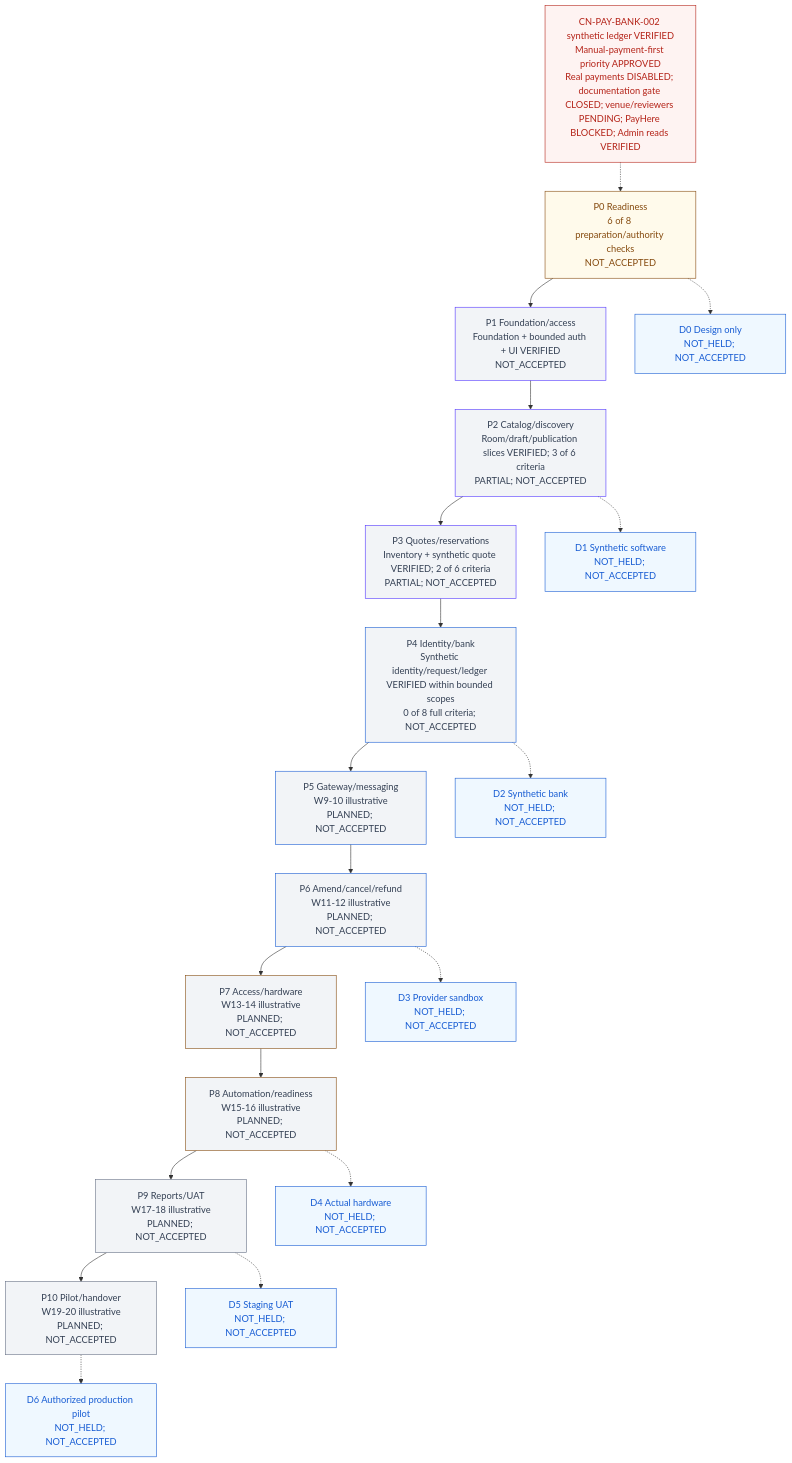
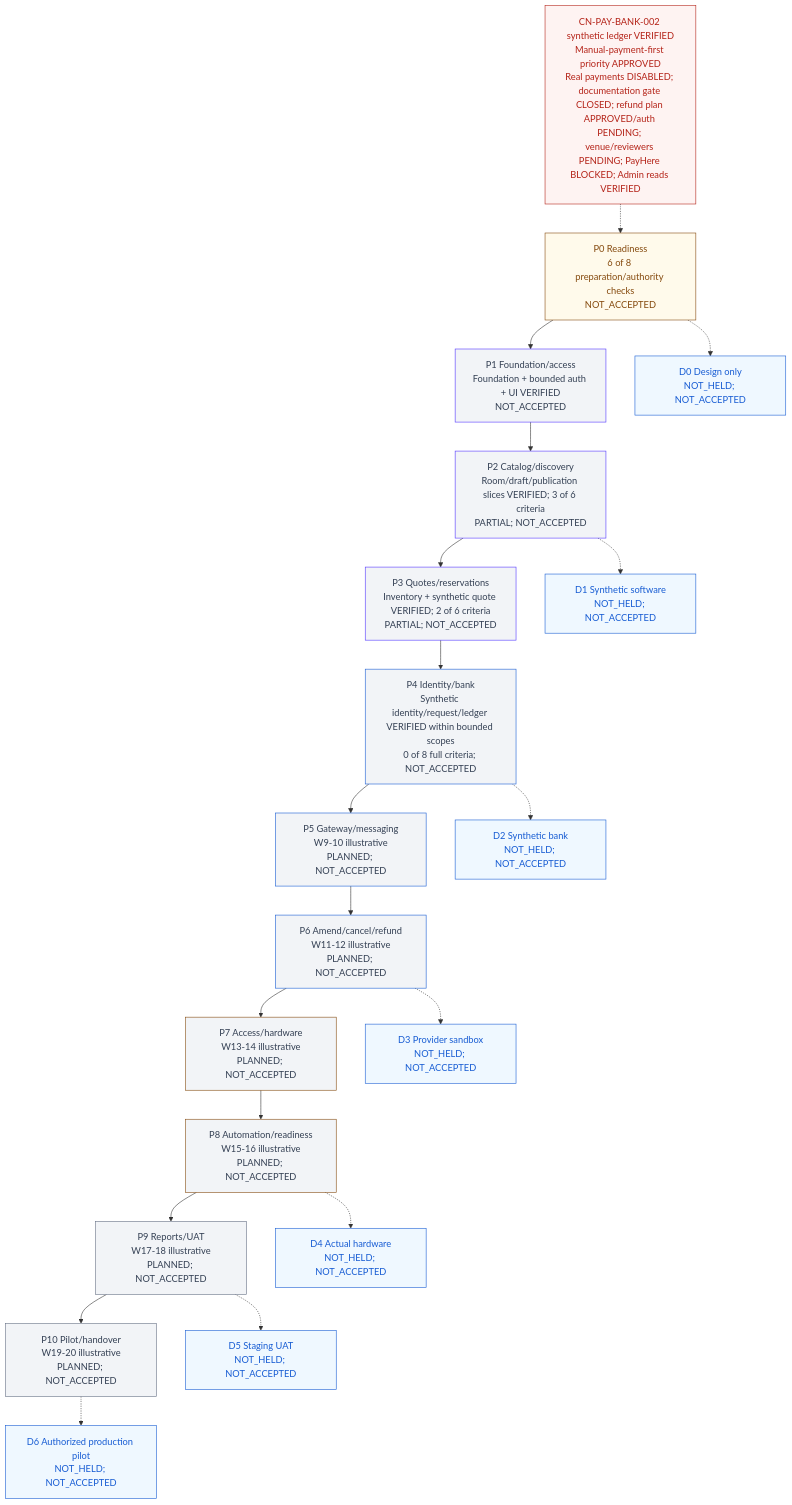
Before and after one commit to Hasitha3513/Theater-Project: the diagram in knowledge/PROGRESS.md, drawn with Mermaid. The commit also changed other lines of this file and 10 other files, not shown here.

````diff
--- a/knowledge/PROGRESS.md
+++ b/knowledge/PROGRESS.md
@@ -313,45 +313,45 @@
 ```mermaid
 flowchart TB
-  G["CN-PAY-BANK-002 synthetic ledger VERIFIED<br/>Manual-payment-first priority APPROVED<br/>Real payments DISABLED; documentation gate CLOSED; venue/reviewers PENDING; PayHere BLOCKED; Admin reads VERIFIED"]
+  G["CN-PAY-BANK-002 synthetic ledger VERIFIED<br/>Manual-payment-first priority APPROVED<br/>Real payments DISABLED; documentation gate CLOSED; refund plan APPROVED/auth PENDING; venue/reviewers PENDING; PayHere BLOCKED; Admin reads VERIFIED"]
   P0["P0 Readiness<br/>6 of 8 preparation/authority checks<br/>NOT_ACCEPTED"]
   P1["P1 Foundation/access<br/>Foundation + bounded auth + UI VERIFIED<br/>NOT_ACCEPTED"]
   P2["P2 Catalog/discovery<br/>Room/draft/publication slices VERIFIED; 3 of 6 criteria<br/>PARTIAL; NOT_ACCEPTED"]
   P3["P3 Quotes/reservations<br/>Inventory + synthetic quote VERIFIED; 2 of 6 criteria<br/>PARTIAL; NOT_ACCEPTED"]
   P4["P4 Identity/bank<br/>Synthetic identity/request/ledger VERIFIED within bounded scopes<br/>0 of 8 full criteria; NOT_ACCEPTED"]
   P5["P5 Gateway/messaging<br/>W9-10 illustrative<br/>PLANNED; NOT_ACCEPTED"]
   P6["P6 Amend/cancel/refund<br/>W11-12 illustrative<br/>PLANNED; NOT_ACCEPTED"]
   P7["P7 Access/hardware<br/>W13-14 illustrative<br/>PLANNED; NOT_ACCEPTED"]
   P8["P8 Automation/readiness<br/>W15-16 illustrative<br/>PLANNED; NOT_ACCEPTED"]
   P9["P9 Reports/UAT<br/>W17-18 illustrative<br/>PLANNED; NOT_ACCEPTED"]
   P10["P10 Pilot/handover<br/>W19-20 illustrative<br/>PLANNED; NOT_ACCEPTED"]
   G -.-> P0
   P0 --> P1 --> P2 --> P3 --> P4 --> P5 --> P6 --> P7 --> P8 --> P9 --> P10
   D0["D0 Design only<br/>NOT_HELD; NOT_ACCEPTED"]
   D1["D1 Synthetic software<br/>NOT_HELD; NOT_ACCEPTED"]
   D2["D2 Synthetic bank<br/>NOT_HELD; NOT_ACCEPTED"]
   D3["D3 Provider sandbox<br/>NOT_HELD; NOT_ACCEPTED"]
   D4["D4 Actual hardware<br/>NOT_HELD; NOT_ACCEPTED"]
   D5["D5 Staging UAT<br/>NOT_HELD; NOT_ACCEPTED"]
   D6["D6 Authorized production pilot<br/>NOT_HELD; NOT_ACCEPTED"]
   P0 -.-> D0
   P2 -.-> D1
   P4 -.-> D2
   P6 -.-> D3
   P8 -.-> D4
   P9 -.-> D5
   P10 -.-> D6
   classDef readiness fill:#FFFAEB,color:#854A0E,stroke:#854A0E;
   classDef foundation fill:#F2F4F7,color:#344054,stroke:#5135FF;
   classDef financial fill:#F2F4F7,color:#344054,stroke:#175CD3;
   classDef physical fill:#F2F4F7,color:#344054,stroke:#854A0E;
   classDef release fill:#F2F4F7,color:#344054,stroke:#667085;
   classDef blocked fill:#FEF3F2,color:#B42318,stroke:#B42318;
   classDef demo fill:#EFF8FF,color:#175CD3,stroke:#175CD3;
   class P0 readiness;
   class P1,P2,P3 foundation;
   class P4,P5,P6 financial;
   class P7,P8 physical;
   class P9,P10 release;
   class G blocked;
   class D0,D1,D2,D3,D4,D5,D6 demo;
 ```
````
